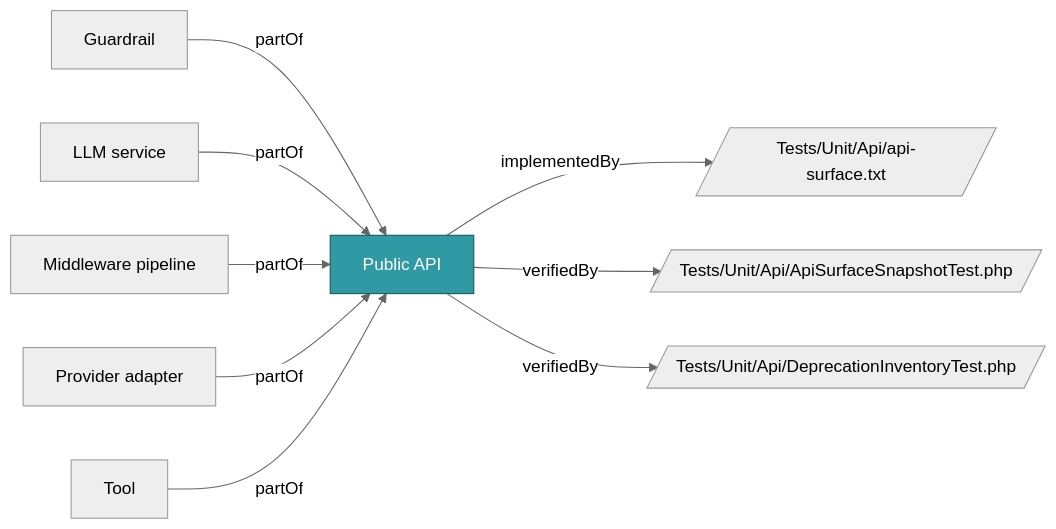
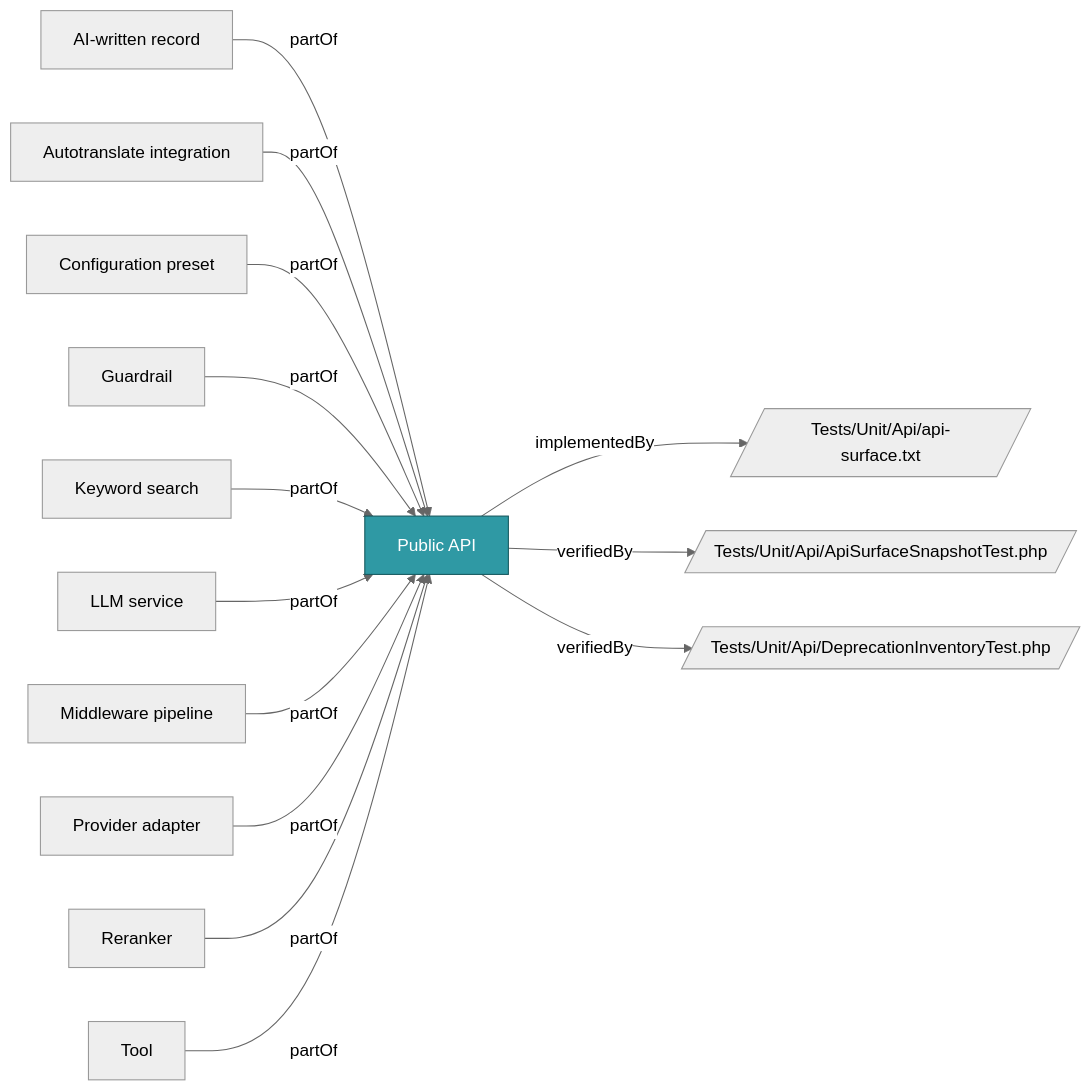
The diagram in docs/ontology/concepts/public-api.md (netresearch/t3x-nr-llm), drawn with Mermaid (neutral theme) before and after one commit. The commit also changed other lines of this file and 25 other files, not shown here.

````diff
--- a/docs/ontology/concepts/public-api.md
+++ b/docs/ontology/concepts/public-api.md
@@ -19,22 +19,32 @@
 ```mermaid
 flowchart LR
   c["Public API"]
   n1[/"Tests/Unit/Api/api-surface.txt"/]
   n2[/"Tests/Unit/Api/ApiSurfaceSnapshotTest.php"/]
   n3[/"Tests/Unit/Api/DeprecationInventoryTest.php"/]
-  n4["Guardrail"]
-  n5["LLM service"]
-  n6["Middleware pipeline"]
-  n7["Provider adapter"]
-  n8["Tool"]
+  n4["AI-written record"]
+  n5["Autotranslate integration"]
+  n6["Configuration preset"]
+  n7["Guardrail"]
+  n8["Keyword search"]
+  n9["LLM service"]
+  n10["Middleware pipeline"]
+  n11["Provider adapter"]
+  n12["Reranker"]
+  n13["Tool"]
   c -->|"implementedBy"| n1
   c -->|"verifiedBy"| n2
   c -->|"verifiedBy"| n3
   n4 -->|"partOf"| c
   n5 -->|"partOf"| c
   n6 -->|"partOf"| c
   n7 -->|"partOf"| c
   n8 -->|"partOf"| c
+  n9 -->|"partOf"| c
+  n10 -->|"partOf"| c
+  n11 -->|"partOf"| c
+  n12 -->|"partOf"| c
+  n13 -->|"partOf"| c
   classDef focus fill:#2F99A4,stroke:#15585E,color:#ffffff
   class c focus
 ```
````
